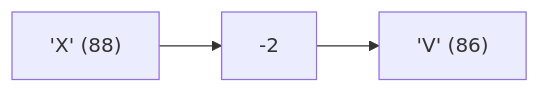
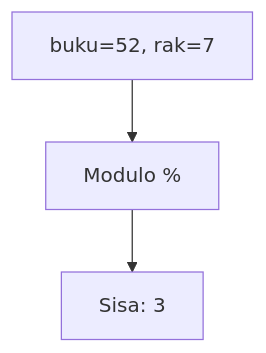
The first of 25 diagrams in part-c-pemahaman-cpp/01-tipe-data/latihan/set-05.md (amnahwaida/OSNK_INF_PREP), drawn with Mermaid before and after one commit. The commit also changed other lines of this file and 71 other files, not shown here.

````diff
--- a/part-c-pemahaman-cpp/01-tipe-data/latihan/set-05.md
+++ b/part-c-pemahaman-cpp/01-tipe-data/latihan/set-05.md
@@ -21,5 +22,5 @@
 ```mermaid
-graph LR
-A["'X' (88)"] --> B["-2"]
-B --> C["'V' (86)"]
+graph TD
+A["buku=52, rak=7"] --> B["Modulo %"]
+B --> C["Sisa: 3"]
 ```
````
